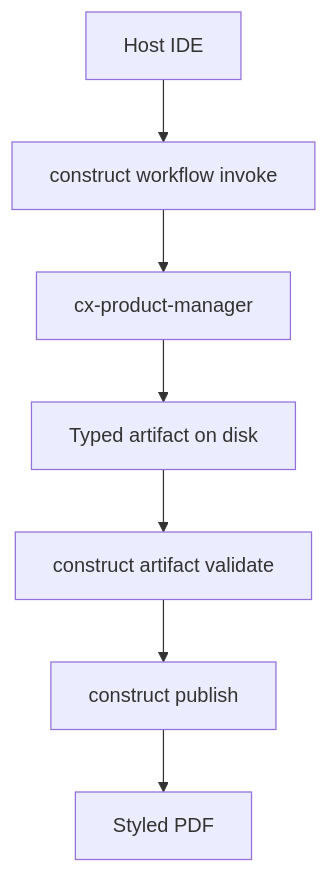
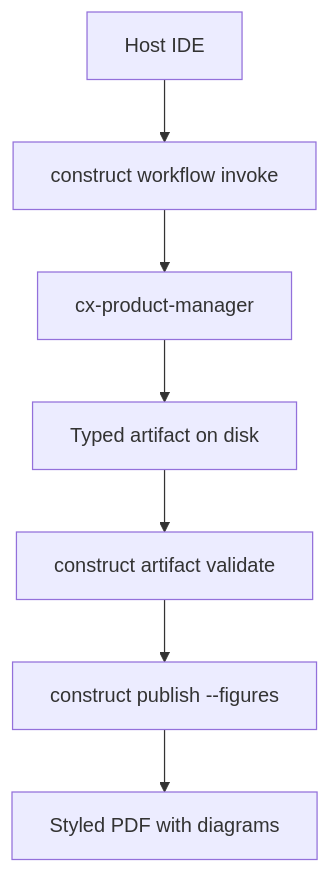
One commit to geraldmaron/construct changed the second of 3 diagrams in tests/fixtures/publish/golden-prd-platform.md. Above: the diagram before and after it, drawn with Mermaid. The commit also changed other lines of this file and 36 other files, not shown here.

First line of the commit message:
feat(publish): Geist PDF typography, sketch diagrams, and branded export pipeline

````diff
--- a/tests/fixtures/publish/golden-prd-platform.md
+++ b/tests/fixtures/publish/golden-prd-platform.md
@@ -35,9 +89,9 @@
 ```mermaid
 flowchart TD
   A[Host IDE] --> B[construct workflow invoke]
   B --> C[cx-product-manager]
   C --> D[Typed artifact on disk]
   D --> E[construct artifact validate]
-  E --> F[construct publish]
-  F --> G[Styled PDF]
+  E --> F[construct publish --figures]
+  F --> G[Styled PDF with diagrams]
 ```
````
